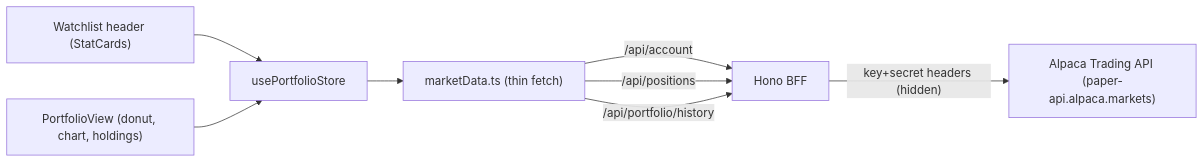
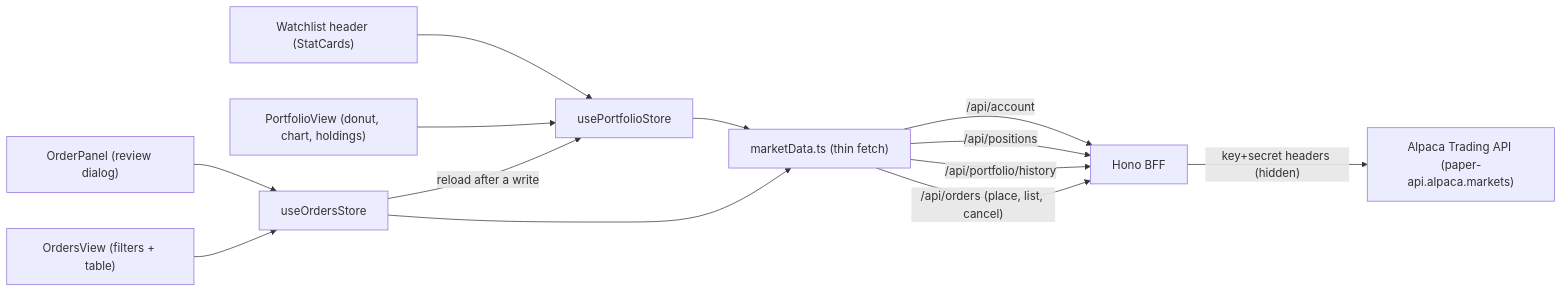
One commit to 1satwinder/trading-dashboard changed the diagram in docs/04-architecture.md. Above: the diagram before and after it, drawn with Mermaid. The commit also changed other lines of this file and 33 other files, not shown here.

````diff
--- a/docs/04-architecture.md
+++ b/docs/04-architecture.md
@@ -159,10 +173,15 @@
 ```mermaid
 flowchart LR
   Watch["Watchlist header (StatCards)"] --> Port["usePortfolioStore"]
   PView["PortfolioView (donut, chart, holdings)"] --> Port
+  Panel["OrderPanel (review dialog)"] --> OStore["useOrdersStore"]
+  OView["OrdersView (filters + table)"] --> OStore
   Port --> MD["marketData.ts (thin fetch)"]
+  OStore --> MD
   MD -->|"/api/account"| BFF["Hono BFF"]
   MD -->|"/api/positions"| BFF
   MD -->|"/api/portfolio/history"| BFF
+  MD -->|"/api/orders (place, list, cancel)"| BFF
   BFF -->|"key+secret headers (hidden)"| Alpaca["Alpaca Trading API (paper-api.alpaca.markets)"]
+  OStore -->|"reload after a write"| Port
 ```
````
